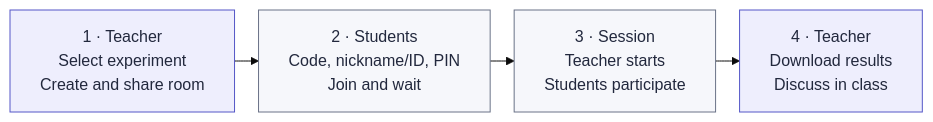
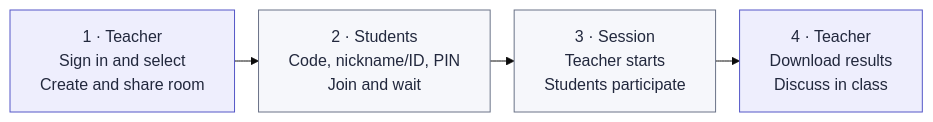
One commit to DKshawn/Double_Auction changed the diagram in README.en.md. Above: the diagram before and after it, drawn with Mermaid. The commit also changed other lines of this file and 57 other files, not shown here.

````diff
--- a/README.en.md
+++ b/README.en.md
@@ -11,24 +11,24 @@
 ```mermaid
 ---
 config:
   theme: base
   look: classic
   layout: dagre
   htmlLabels: true
   flowchart:
     rankSpacing: 24
     wrappingWidth: 180
 ---
 flowchart LR
     accTitle: Classroom workflow
     accDescr: The teacher creates a room and shares the entry and code. Students join with their nickname or student ID and PIN. The teacher starts the experiment, students participate, and the teacher downloads results.
-    A["1 · Teacher<br/>Select experiment<br/>Create and share room"]
+    A["1 · Teacher<br/>Sign in and select<br/>Create and share room"]
     B["2 · Students<br/>Code, nickname/ID, PIN<br/>Join and wait"]
     C["3 · Session<br/>Teacher starts<br/>Students participate"]
     D["4 · Teacher<br/>Download results<br/>Discuss in class"]
     A --> B --> C --> D
     classDef teacher fill:#eeeefd,stroke:#5456c7,color:#22283d
     classDef shared fill:#f6f7fb,stroke:#6a7287,color:#22283d
     class A,D teacher
     class B,C shared
 ```
````
